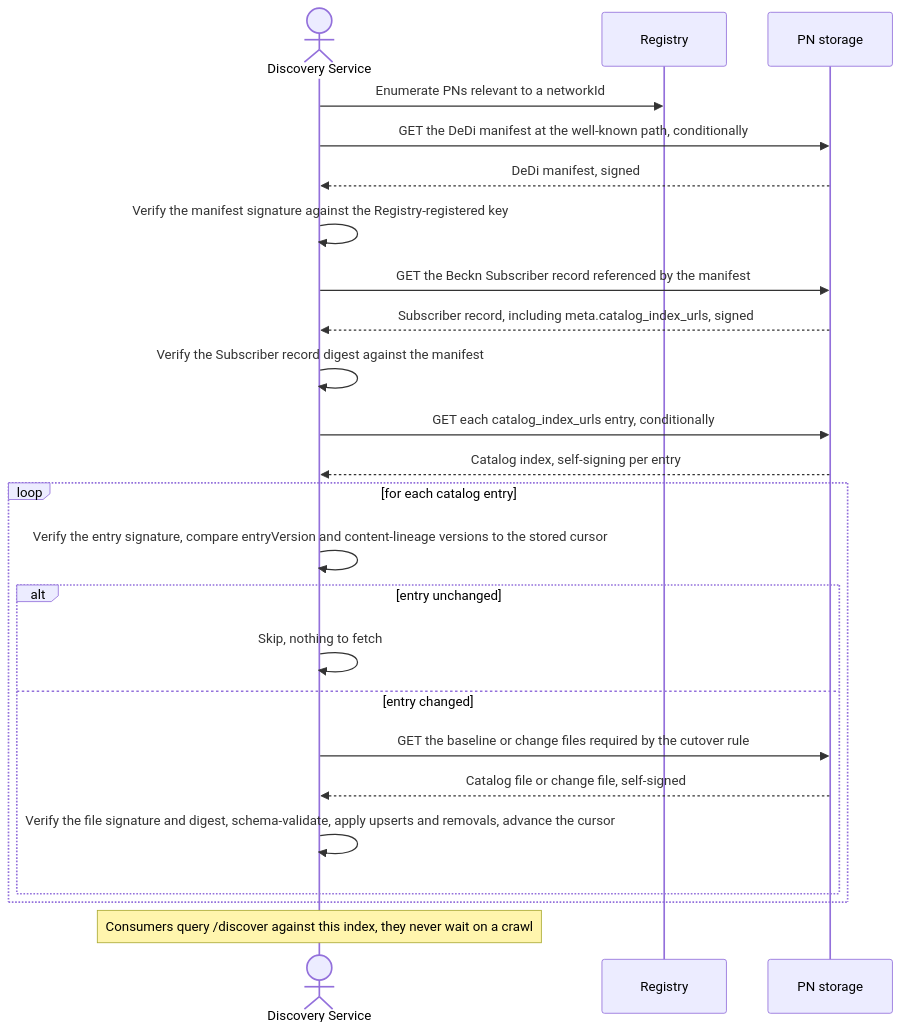
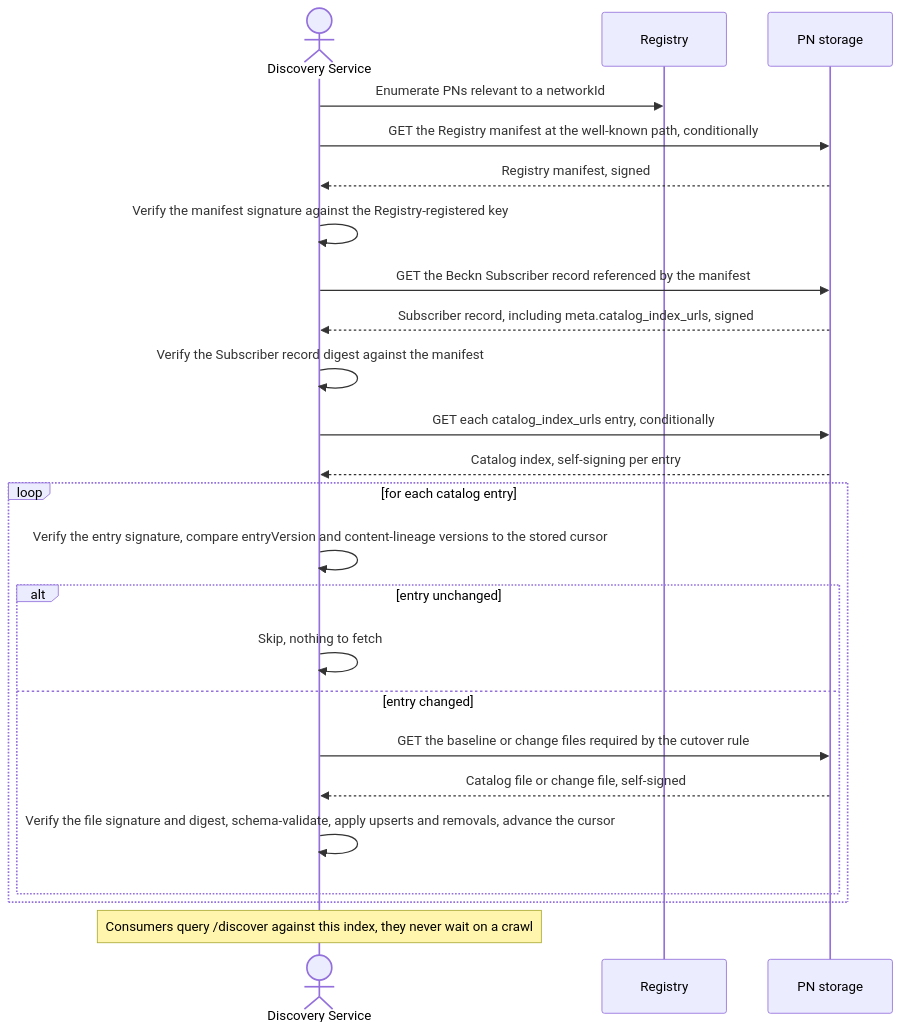
One commit to beckn/protocol-specifications-v2 changed the second of 3 diagrams in docs/Catalog_Publishing_and_Discovery.md. Above: the diagram before and after it, drawn with Mermaid. The commit also changed other lines of this file, not shown here.

````diff
--- a/docs/Catalog_Publishing_and_Discovery.md
+++ b/docs/Catalog_Publishing_and_Discovery.md
@@ -205,27 +188,27 @@
 ```mermaid
 sequenceDiagram
     actor DS as Discovery Service
     participant Reg as Registry
     participant PN as PN storage
 
     DS->>Reg: Enumerate PNs relevant to a networkId
-    DS->>PN: GET the DeDi manifest at the well-known path, conditionally
-    PN-->>DS: DeDi manifest, signed
+    DS->>PN: GET the Registry manifest at the well-known path, conditionally
+    PN-->>DS: Registry manifest, signed
     DS->>DS: Verify the manifest signature against the Registry-registered key
     DS->>PN: GET the Beckn Subscriber record referenced by the manifest
     PN-->>DS: Subscriber record, including meta.catalog_index_urls, signed
     DS->>DS: Verify the Subscriber record digest against the manifest
     DS->>PN: GET each catalog_index_urls entry, conditionally
     PN-->>DS: Catalog index, self-signing per entry
     loop for each catalog entry
         DS->>DS: Verify the entry signature, compare entryVersion and content-lineage versions to the stored cursor
         alt entry unchanged
             DS->>DS: Skip, nothing to fetch
         else entry changed
             DS->>PN: GET the baseline or change files required by the cutover rule
             PN-->>DS: Catalog file or change file, self-signed
             DS->>DS: Verify the file signature and digest, schema-validate, apply upserts and removals, advance the cursor
         end
     end
     Note over DS: Consumers query /discover against this index, they never wait on a crawl
 ```
````
